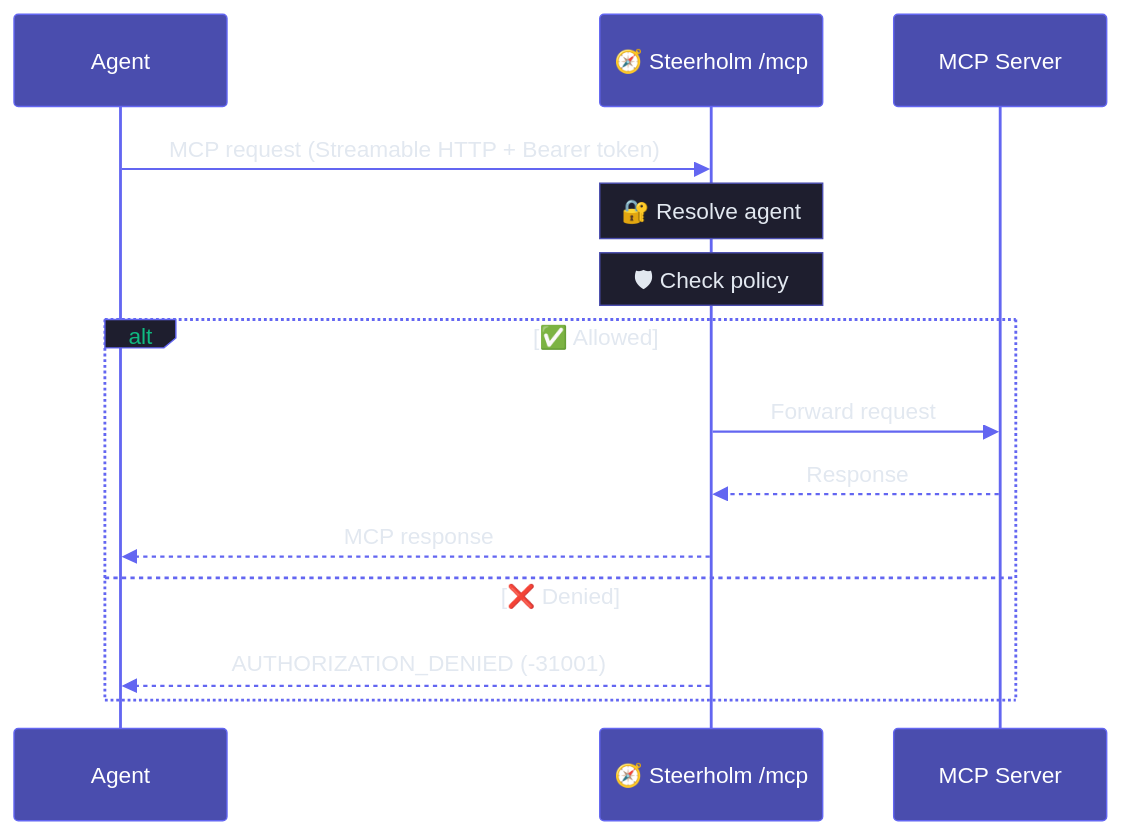
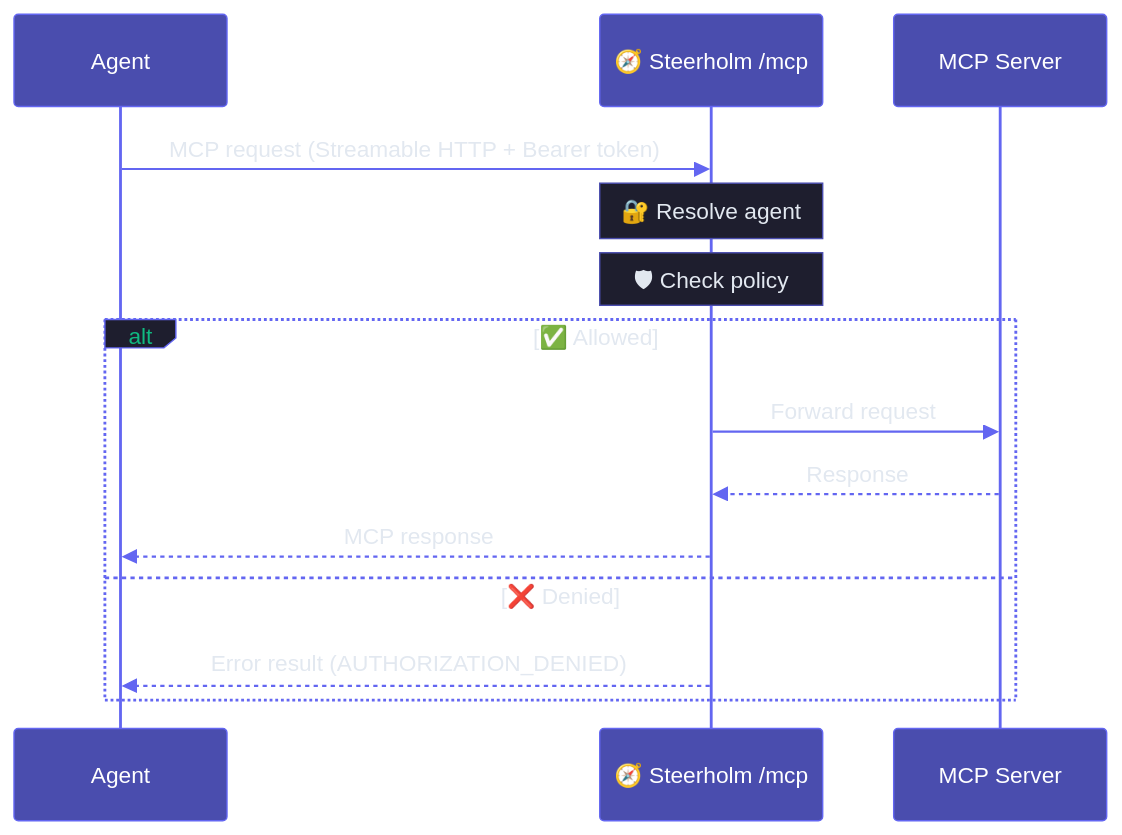
The diagram in docs/concepts/architecture.mdx (steerholm/steerholm), drawn with Mermaid before and after one commit. The commit also changed other lines of this file and 15 other files, not shown here.

````diff
--- a/docs/concepts/architecture.mdx
+++ b/docs/concepts/architecture.mdx
@@ -99,21 +99,21 @@
 ```mermaid
 %%{init: {'theme': 'base', 'themeVariables': {'actorBkg': '#4a4dae', 'actorTextColor': '#fff', 'actorBorder': '#6366f1', 'activationBorderColor': '#6366f1', 'activationBkgColor': '#2d2d5e', 'signalColor': '#6366f1', 'signalTextColor': '#e2e8f0', 'noteBkgColor': '#1e1e2e', 'noteTextColor': '#e2e8f0', 'noteBorderColor': '#4a4dae', 'altSectionBkgColor': '#16162a', 'loopTextColor': '#e2e8f0', 'labelBoxBkgColor': '#1e1e2e', 'labelTextColor': '#10b981'}}}%%
 
 sequenceDiagram
     participant Agent
     participant Daemon as 🧭 Steerholm /mcp
     participant Server as MCP Server
 
     Agent->>Daemon: MCP request (Streamable HTTP + Bearer token)
 
     Note over Daemon: 🔐 Resolve agent
     Note over Daemon: 🛡 Check policy
 
     alt ✅ Allowed
         Daemon->>Server: Forward request
         Server-->>Daemon: Response
         Daemon-->>Agent: MCP response
     else ❌ Denied
-        Daemon-->>Agent: AUTHORIZATION_DENIED (-31001)
+        Daemon-->>Agent: Error result (AUTHORIZATION_DENIED)
     end
 ```
````
